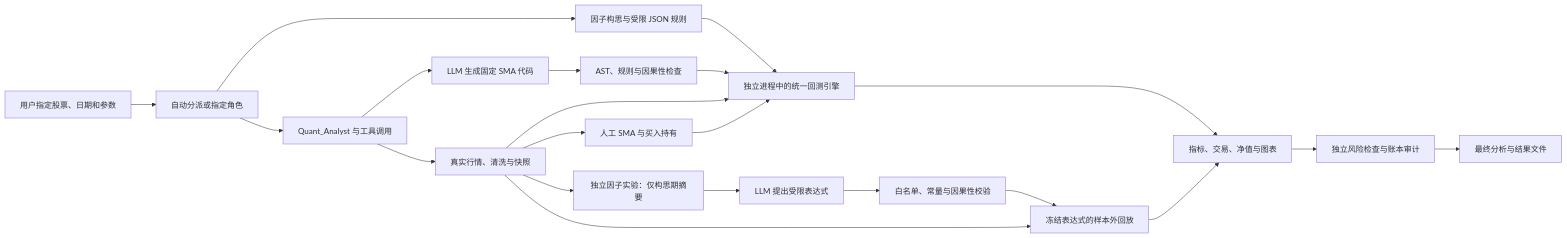
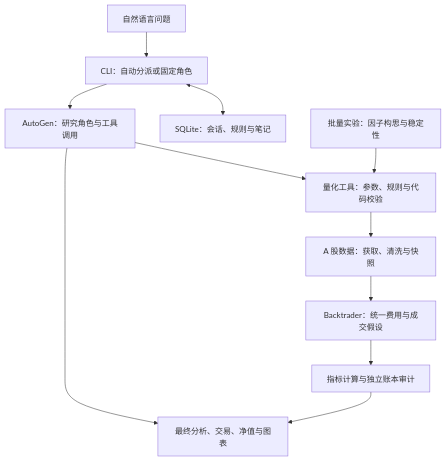
One commit to ohayoo335/Finrobot_MFM5110FinalProject_V2 changed the diagram in README.md. Above: the diagram before and after it, drawn with Mermaid. The commit also changed other lines of this file and 5 other files, not shown here.

````diff
--- a/README.md
+++ b/README.md
@@ -449,23 +35,13 @@
 ```mermaid
-flowchart LR
-    U[用户指定股票、日期和参数] --> AR[自动分派或指定角色]
-    AR --> Q[Quant_Analyst 与工具调用]
-    AR --> J[因子构思与受限 JSON 规则]
-    J --> E
-    Q --> D[真实行情、清洗与快照]
-    D --> M[人工 SMA 与买入持有]
-    Q --> L[LLM 生成固定 SMA 代码]
-    L --> V[AST、规则与因果性检查]
-    V --> E[独立进程中的统一回测引擎]
-    D --> E
-    M --> E
-    E --> R[指标、交易、净值与图表]
-    D --> S[独立因子实验：仅构思期摘要]
-    S --> T[LLM 提出受限表达式]
-    T --> V2[白名单、常量与因果性校验]
-    V2 --> F[冻结表达式的样本外回放]
-    D --> F
-    F --> R
-    R --> A[独立风险检查与账本审计]
-    A --> O[最终分析与结果文件]
+flowchart TD
+    U[自然语言问题] --> C[CLI：自动分派或固定角色]
+    C <--> M[SQLite：会话、规则与笔记]
+    C --> A[AutoGen：研究角色与工具调用]
+    A --> T[量化工具：参数、规则与代码校验]
+    B[批量实验：因子构思与稳定性] --> T
+    T --> D[A 股数据：获取、清洗与快照]
+    D --> E[Backtrader：统一费用与成交假设]
+    E --> R[指标计算与独立账本审计]
+    R --> O[最终分析、交易、净值与图表]
+    A --> O
 ```
````
